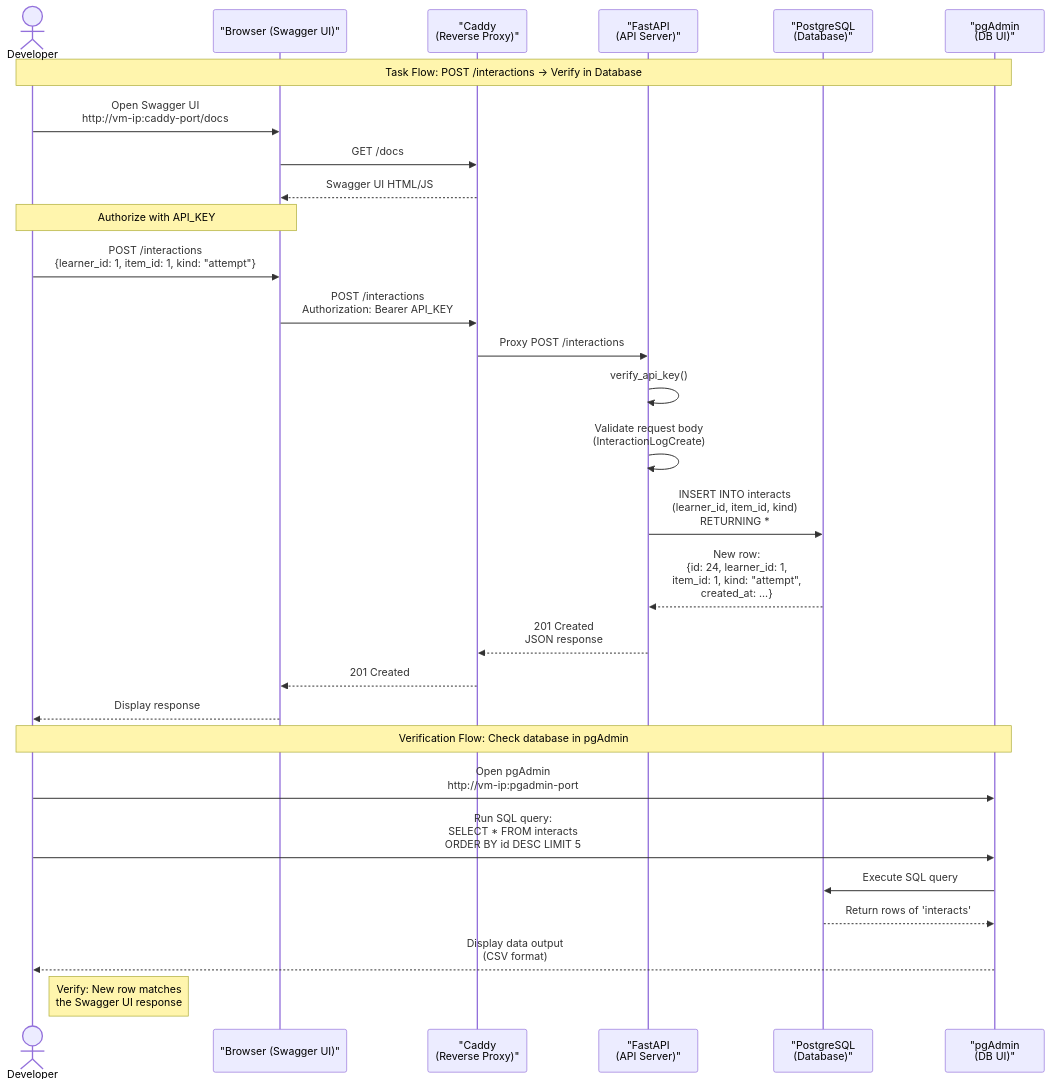
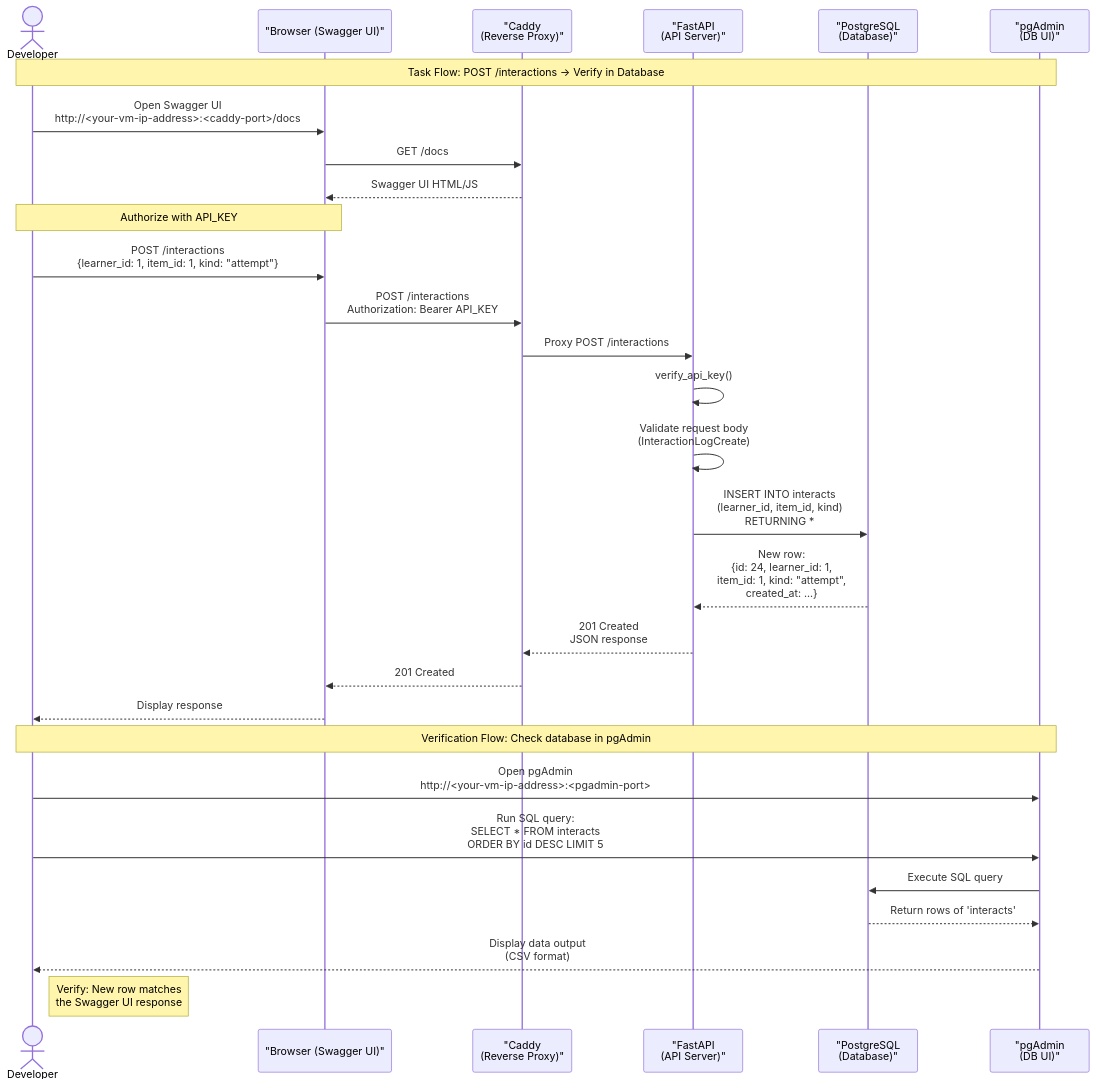
Before and after one commit to shefyo/se-toolkit-lab-8: the diagram in lab/tasks/required/task-1.md, drawn with Mermaid.

Commit message:
fix(tasks): vm ip address placeholder

````diff
--- a/lab/tasks/required/task-1.md
+++ b/lab/tasks/required/task-1.md
@@ -18,41 +18,41 @@
 ```mermaid
 sequenceDiagram
     actor Developer
     participant Browser as "Browser (Swagger UI)"
     participant Caddy as "Caddy<br/>(Reverse Proxy)"
     participant API as "FastAPI<br/>(API Server)"
     participant DB as "PostgreSQL<br/>(Database)"
     participant pgAdmin as "pgAdmin<br/>(DB UI)"
 
     Note over Developer,pgAdmin: Task Flow: POST /interactions → Verify in Database
 
-    Developer->>Browser: Open Swagger UI<br/>http://vm-ip:caddy-port/docs
+    Developer->>Browser: Open Swagger UI<br/>http://<your-vm-ip-address>:<caddy-port>/docs
     Browser->>Caddy: GET /docs
     Caddy-->>Browser: Swagger UI HTML/JS
 
     Note over Developer,Browser: Authorize with API_KEY
 
     Developer->>Browser: POST /interactions<br/>{learner_id: 1, item_id: 1, kind: "attempt"}
     Browser->>Caddy: POST /interactions<br/>Authorization: Bearer API_KEY
     Caddy->>API: Proxy POST /interactions
 
     API->>API: verify_api_key()
     API->>API: Validate request body<br/>(InteractionLogCreate)
     API->>DB: INSERT INTO interacts<br/>(learner_id, item_id, kind)<br/>RETURNING *
 
     DB-->>API: New row:<br/>{id: 24, learner_id: 1,<br/>item_id: 1, kind: "attempt",<br/>created_at: ...}
 
     API-->>Caddy: 201 Created<br/>JSON response
     Caddy-->>Browser: 201 Created
     Browser-->>Developer: Display response
 
     Note over Developer,pgAdmin: Verification Flow: Check database in pgAdmin
 
-    Developer->>pgAdmin: Open pgAdmin<br/>http://vm-ip:pgadmin-port
+    Developer->>pgAdmin: Open pgAdmin<br/>http://<your-vm-ip-address>:<pgadmin-port>
     Developer->>pgAdmin: Run SQL query:<br/>SELECT * FROM interacts<br/>ORDER BY id DESC LIMIT 5
     pgAdmin->>DB: Execute SQL query
     DB-->>pgAdmin: Return rows of 'interacts'
     pgAdmin-->>Developer: Display data output<br/>(CSV format)
 
     Note right of Developer: Verify: New row matches<br/>the Swagger UI response
 ```
````
